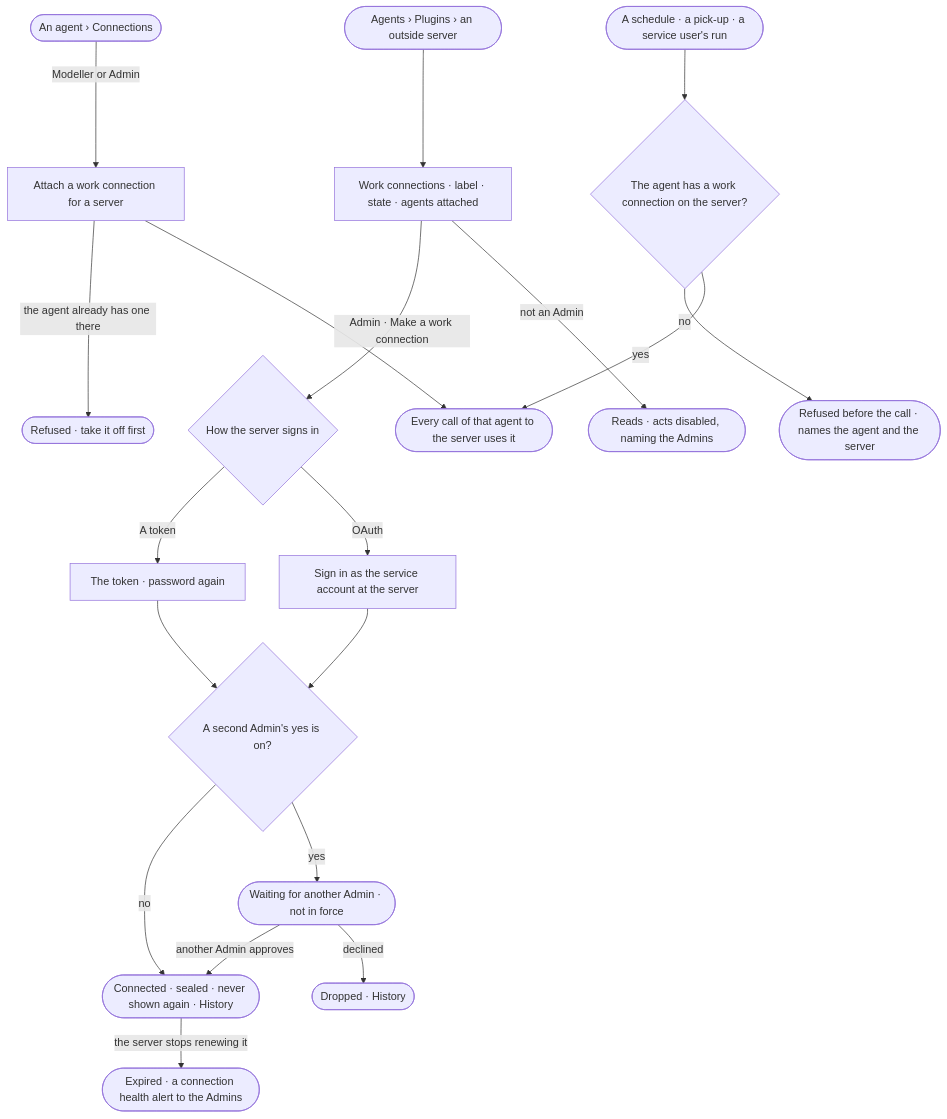
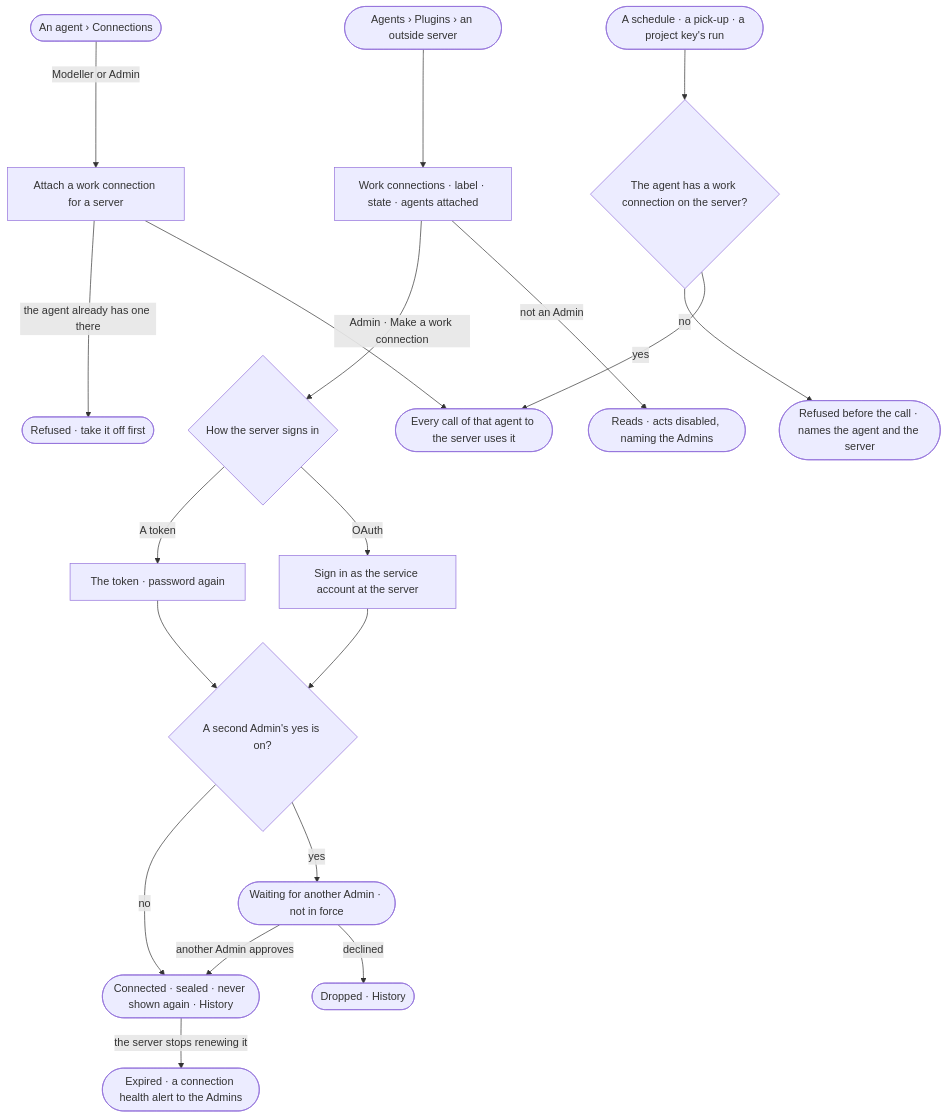
One commit to invana/invana changed the diagram in specs/os/control/features/CP-F02-plugins-and-outside-tools/stories/CP-62-make-a-work-connection-and-attach-it-to-agents/story.md. Above: the diagram before and after it, drawn with Mermaid. The commit also changed other lines of this file and 40 other files, not shown here.

First line of the commit message:
docs(specs): remove service users; keys belong to a person or a project

````diff
--- a/specs/os/control/features/CP-F02-plugins-and-outside-tools/stories/CP-62-make-a-work-connection-and-attach-it-to-agents/story.md
+++ b/specs/os/control/features/CP-F02-plugins-and-outside-tools/stories/CP-62-make-a-work-connection-and-attach-it-to-agents/story.md
@@ -29,21 +29,21 @@
 ```mermaid
 flowchart TD
   s([Agents › Plugins › an outside server]) --> l["Work connections · label · state · agents attached"]
   l -->|Admin · Make a work connection| m{"How the server signs in"}
   m -->|A token| tk["The token · password again"]
   m -->|OAuth| oa["Sign in as the service account at the server"]
   tk --> sv{"A second Admin's yes is on?"}
   oa --> sv
   sv -->|no| ok(["Connected · sealed · never shown again · History"])
   sv -->|yes| aw(["Waiting for another Admin · not in force"])
   aw -->|another Admin approves| ok
   aw -->|declined| dc(["Dropped · History"])
   a([An agent › Connections]) -->|Modeller or Admin| at["Attach a work connection for a server"]
   at -->|the agent already has one there| one(["Refused · take it off first"])
   at --> used(["Every call of that agent to the server uses it"])
-  r([A schedule · a pick-up · a service user's run]) --> need{"The agent has a work connection on the server?"}
+  r([A schedule · a pick-up · a project key's run]) --> need{"The agent has a work connection on the server?"}
   need -->|no| rf(["Refused before the call · names the agent and the server"])
   need -->|yes| used
   ok -->|the server stops renewing it| ex(["Expired · a connection health alert to the Admins"])
   l -->|not an Admin| ro(["Reads · acts disabled, naming the Admins"])
 ```
````
